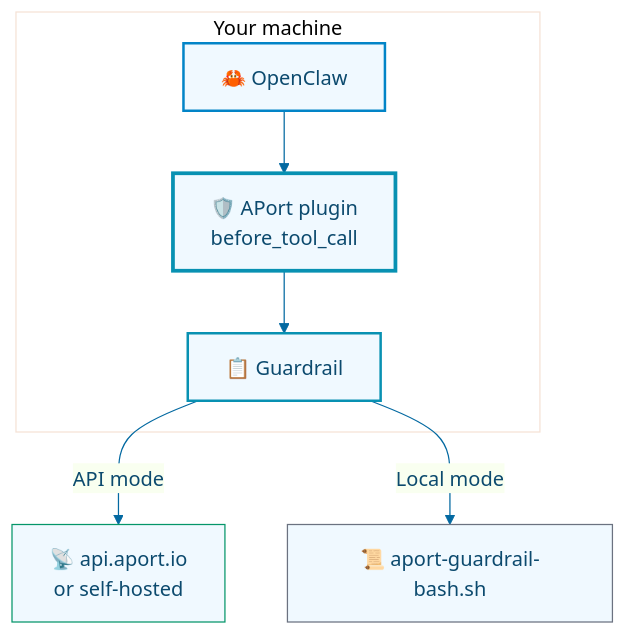
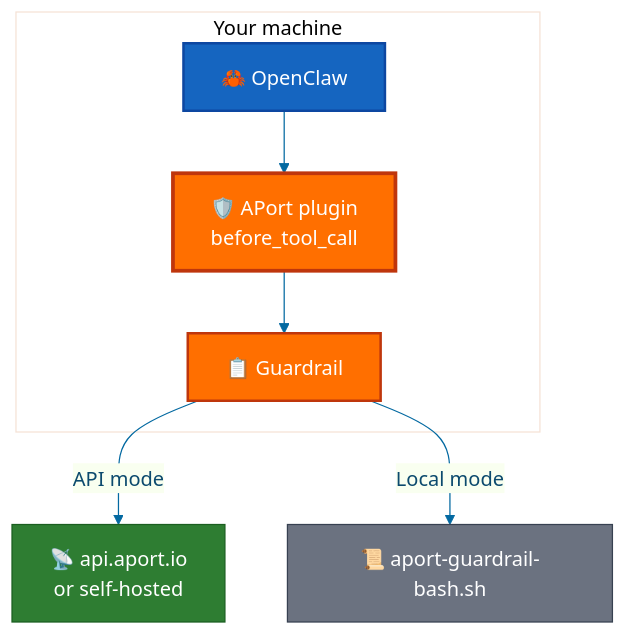
One commit to aporthq/aport-agent-guardrails changed the fifth of 5 diagrams in README.md. Above: the diagram before and after it, drawn with Mermaid. The commit also changed other lines of this file and 3 other files, not shown here.

Commit message:
Release 1.0.6: README mermaid colors from issue #2022, version and changelog

````diff
--- a/README.md
+++ b/README.md
@@ -387,18 +387,18 @@
 ```mermaid
 %%{init: {'theme':'base', 'themeVariables': {'primaryColor':'#f0f9ff','primaryTextColor':'#0c4a6e','primaryBorderColor':'#0284c7','lineColor':'#0369a1'}}}%%
 flowchart TB
   subgraph Machine["Your machine"]
     OC[🦀 OpenClaw]
     Plug[🛡️ APort plugin<br/>before_tool_call]
     Guard[📋 Guardrail]
     OC --> Plug
     Plug --> Guard
   end
   Guard -->|API mode| API[📡 api.aport.io<br/>or self-hosted]
   Guard -->|Local mode| Bash[📜 aport-guardrail-bash.sh]
-  style OC stroke:#0284c7,stroke-width:2px
-  style Plug stroke:#0891b2,stroke-width:3px
-  style Guard stroke:#0891b2,stroke-width:2px
-  style API stroke:#059669,stroke-width:1px
-  style Bash stroke:#6b7280,stroke-width:1px
+  style OC fill:#1565c0,stroke:#0d47a1,stroke-width:2px,color:#fff
+  style Plug fill:#ff6f00,stroke:#bf360c,stroke-width:3px,color:#fff
+  style Guard fill:#ff6f00,stroke:#bf360c,stroke-width:2px,color:#fff
+  style API fill:#2e7d32,stroke:#1b5e20,stroke-width:1px,color:#fff
+  style Bash fill:#6b7280,stroke:#374151,stroke-width:1px,color:#fff
 ```
````
